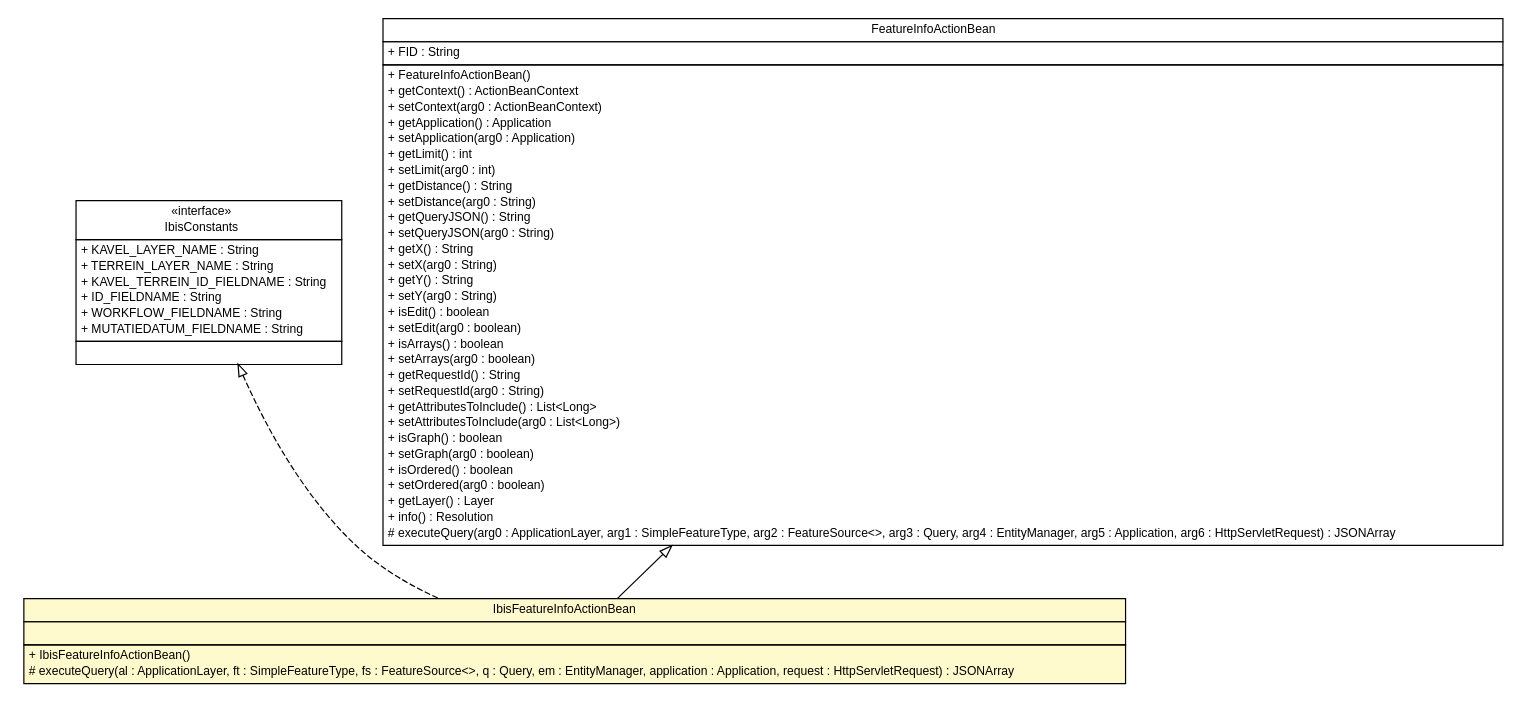
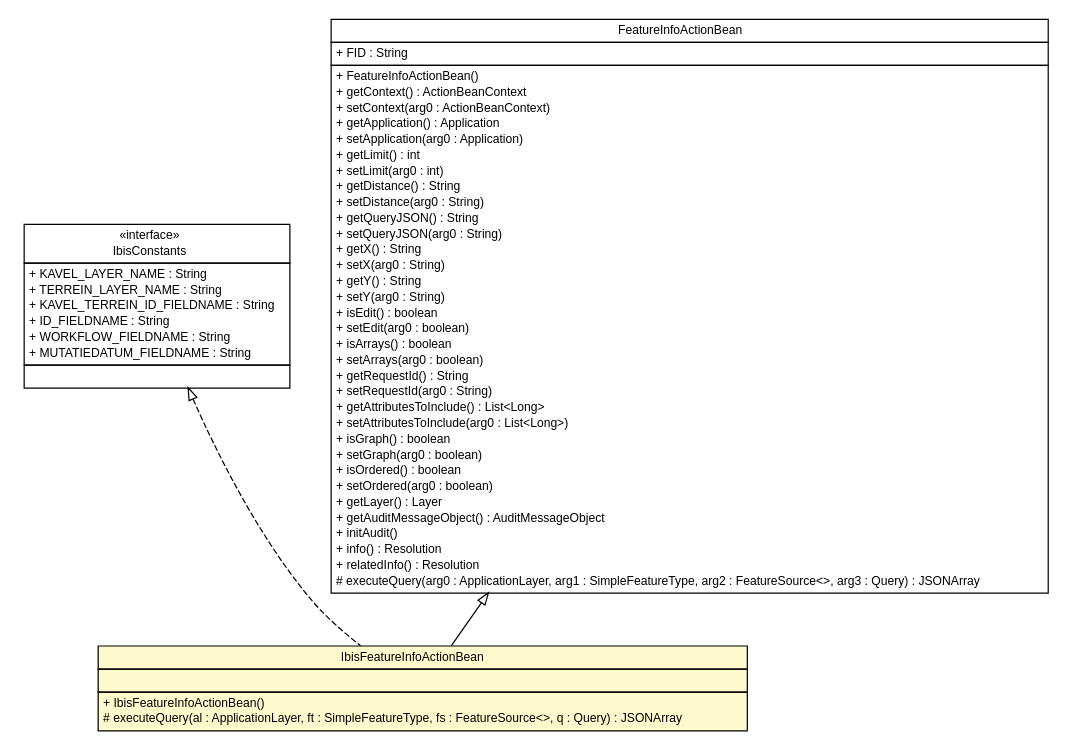
Before and after one commit to B3Partners/flamingo-ibis: the diagram in ibis-viewer/apidocs/nl/b3p/viewer/stripes/IbisFeatureInfoActionBean.dot, drawn with Graphviz. The commit also changed 408 other files, not shown here.

```diff
--- a/ibis-viewer/apidocs/nl/b3p/viewer/stripes/IbisFeatureInfoActionBean.dot
+++ b/ibis-viewer/apidocs/nl/b3p/viewer/stripes/IbisFeatureInfoActionBean.dot
@@ -1,88 +1,91 @@
 #!/usr/local/bin/dot
 #
 # Class diagram 
 # Generated by UMLGraph version R5_6-24-gf6e263 (http://www.umlgraph.org/)
 #
 
 digraph G {
 	edge [fontname="Helvetica",fontsize=10,labelfontname="Helvetica",labelfontsize=10];
 	node [fontname="Helvetica",fontsize=10,shape=plaintext];
 	nodesep=0.25;
 	ranksep=0.5;
 	// nl.b3p.viewer.stripes.IbisFeatureInfoActionBean
-	c206 [label=<<table title="nl.b3p.viewer.stripes.IbisFeatureInfoActionBean" border="0" cellborder="1" cellspacing="0" cellpadding="2" port="p" bgcolor="lemonChiffon" href="./IbisFeatureInfoActionBean.html">
+	c210 [label=<<table title="nl.b3p.viewer.stripes.IbisFeatureInfoActionBean" border="0" cellborder="1" cellspacing="0" cellpadding="2" port="p" bgcolor="lemonChiffon" href="./IbisFeatureInfoActionBean.html">
 		<tr><td><table border="0" cellspacing="0" cellpadding="1">
 <tr><td align="center" balign="center"> IbisFeatureInfoActionBean </td></tr>
 		</table></td></tr>
 		<tr><td><table border="0" cellspacing="0" cellpadding="1">
 <tr><td align="left" balign="left">  </td></tr>
 		</table></td></tr>
 		<tr><td><table border="0" cellspacing="0" cellpadding="1">
 <tr><td align="left" balign="left"> + IbisFeatureInfoActionBean() </td></tr>
-<tr><td align="left" balign="left"> # executeQuery(al : ApplicationLayer, ft : SimpleFeatureType, fs : FeatureSource&lt;&gt;, q : Query, em : EntityManager, application : Application, request : HttpServletRequest) : JSONArray </td></tr>
+<tr><td align="left" balign="left"> # executeQuery(al : ApplicationLayer, ft : SimpleFeatureType, fs : FeatureSource&lt;&gt;, q : Query) : JSONArray </td></tr>
 		</table></td></tr>
 		</table>>, URL="./IbisFeatureInfoActionBean.html", fontname="Helvetica", fontcolor="black", fontsize=10.0];
 	// nl.b3p.viewer.ibis.util.IbisConstants
-	c214 [label=<<table title="nl.b3p.viewer.ibis.util.IbisConstants" border="0" cellborder="1" cellspacing="0" cellpadding="2" port="p" href="../ibis/util/IbisConstants.html">
+	c218 [label=<<table title="nl.b3p.viewer.ibis.util.IbisConstants" border="0" cellborder="1" cellspacing="0" cellpadding="2" port="p" href="../ibis/util/IbisConstants.html">
 		<tr><td><table border="0" cellspacing="0" cellpadding="1">
 <tr><td align="center" balign="center"> &#171;interface&#187; </td></tr>
 <tr><td align="center" balign="center"> IbisConstants </td></tr>
 		</table></td></tr>
 		<tr><td><table border="0" cellspacing="0" cellpadding="1">
 <tr><td align="left" balign="left"> + KAVEL_LAYER_NAME : String </td></tr>
 <tr><td align="left" balign="left"> + TERREIN_LAYER_NAME : String </td></tr>
 <tr><td align="left" balign="left"> + KAVEL_TERREIN_ID_FIELDNAME : String </td></tr>
 <tr><td align="left" balign="left"> + ID_FIELDNAME : String </td></tr>
 <tr><td align="left" balign="left"> + WORKFLOW_FIELDNAME : String </td></tr>
 <tr><td align="left" balign="left"> + MUTATIEDATUM_FIELDNAME : String </td></tr>
 		</table></td></tr>
 		<tr><td><table border="0" cellspacing="0" cellpadding="1">
 <tr><td align="left" balign="left">  </td></tr>
 		</table></td></tr>
 		</table>>, URL="../ibis/util/IbisConstants.html", fontname="Helvetica", fontcolor="black", fontsize=10.0];
 	//nl.b3p.viewer.stripes.IbisFeatureInfoActionBean extends nl.b3p.viewer.stripes.FeatureInfoActionBean
-	c216:p -> c206:p [dir=back,arrowtail=empty];
+	c220:p -> c210:p [dir=back,arrowtail=empty];
 	//nl.b3p.viewer.stripes.IbisFeatureInfoActionBean implements nl.b3p.viewer.ibis.util.IbisConstants
-	c214:p -> c206:p [dir=back,arrowtail=empty,style=dashed];
+	c218:p -> c210:p [dir=back,arrowtail=empty,style=dashed];
 	// nl.b3p.viewer.stripes.FeatureInfoActionBean
-	c216 [label=<<table title="nl.b3p.viewer.stripes.FeatureInfoActionBean" border="0" cellborder="1" cellspacing="0" cellpadding="2" port="p">
+	c220 [label=<<table title="nl.b3p.viewer.stripes.FeatureInfoActionBean" border="0" cellborder="1" cellspacing="0" cellpadding="2" port="p">
 		<tr><td><table border="0" cellspacing="0" cellpadding="1">
 <tr><td align="center" balign="center"> FeatureInfoActionBean </td></tr>
 		</table></td></tr>
 		<tr><td><table border="0" cellspacing="0" cellpadding="1">
 <tr><td align="left" balign="left"> + FID : String </td></tr>
 		</table></td></tr>
 		<tr><td><table border="0" cellspacing="0" cellpadding="1">
 <tr><td align="left" balign="left"> + FeatureInfoActionBean() </td></tr>
 <tr><td align="left" balign="left"> + getContext() : ActionBeanContext </td></tr>
 <tr><td align="left" balign="left"> + setContext(arg0 : ActionBeanContext) </td></tr>
 <tr><td align="left" balign="left"> + getApplication() : Application </td></tr>
 <tr><td align="left" balign="left"> + setApplication(arg0 : Application) </td></tr>
 <tr><td align="left" balign="left"> + getLimit() : int </td></tr>
 <tr><td align="left" balign="left"> + setLimit(arg0 : int) </td></tr>
 <tr><td align="left" balign="left"> + getDistance() : String </td></tr>
 <tr><td align="left" balign="left"> + setDistance(arg0 : String) </td></tr>
 <tr><td align="left" balign="left"> + getQueryJSON() : String </td></tr>
 <tr><td align="left" balign="left"> + setQueryJSON(arg0 : String) </td></tr>
 <tr><td align="left" balign="left"> + getX() : String </td></tr>
 <tr><td align="left" balign="left"> + setX(arg0 : String) </td></tr>
 <tr><td align="left" balign="left"> + getY() : String </td></tr>
 <tr><td align="left" balign="left"> + setY(arg0 : String) </td></tr>
 <tr><td align="left" balign="left"> + isEdit() : boolean </td></tr>
 <tr><td align="left" balign="left"> + setEdit(arg0 : boolean) </td></tr>
 <tr><td align="left" balign="left"> + isArrays() : boolean </td></tr>
 <tr><td align="left" balign="left"> + setArrays(arg0 : boolean) </td></tr>
 <tr><td align="left" balign="left"> + getRequestId() : String </td></tr>
 <tr><td align="left" balign="left"> + setRequestId(arg0 : String) </td></tr>
 <tr><td align="left" balign="left"> + getAttributesToInclude() : List&lt;Long&gt; </td></tr>
 <tr><td align="left" balign="left"> + setAttributesToInclude(arg0 : List&lt;Long&gt;) </td></tr>
 <tr><td align="left" balign="left"> + isGraph() : boolean </td></tr>
 <tr><td align="left" balign="left"> + setGraph(arg0 : boolean) </td></tr>
 <tr><td align="left" balign="left"> + isOrdered() : boolean </td></tr>
 <tr><td align="left" balign="left"> + setOrdered(arg0 : boolean) </td></tr>
 <tr><td align="left" balign="left"> + getLayer() : Layer </td></tr>
+<tr><td align="left" balign="left"> + getAuditMessageObject() : AuditMessageObject </td></tr>
+<tr><td align="left" balign="left"> + initAudit() </td></tr>
 <tr><td align="left" balign="left"> + info() : Resolution </td></tr>
-<tr><td align="left" balign="left"> # executeQuery(arg0 : ApplicationLayer, arg1 : SimpleFeatureType, arg2 : FeatureSource&lt;&gt;, arg3 : Query, arg4 : EntityManager, arg5 : Application, arg6 : HttpServletRequest) : JSONArray </td></tr>
+<tr><td align="left" balign="left"> + relatedInfo() : Resolution </td></tr>
+<tr><td align="left" balign="left"> # executeQuery(arg0 : ApplicationLayer, arg1 : SimpleFeatureType, arg2 : FeatureSource&lt;&gt;, arg3 : Query) : JSONArray </td></tr>
 		</table></td></tr>
 		</table>>, URL="null", fontname="Helvetica", fontcolor="black", fontsize=10.0];
 }
```
